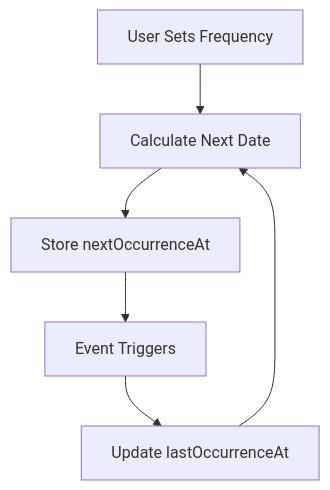
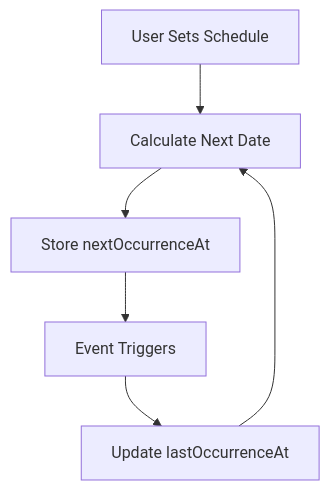
The diagram in .cursor/rules/features/schedule.mdc (elie222/inbox-zero), drawn with Mermaid before and after one commit.

Commit message:
PR feedback

````diff
--- a/.cursor/rules/features/schedule.mdc
+++ b/.cursor/rules/features/schedule.mdc
@@ -34,8 +34,8 @@
 ```mermaid
 graph TD
-    A[User Sets Frequency] --> B[Calculate Next Date]
+    A[User Sets Schedule] --> B[Calculate Next Date]
     B --> C[Store nextOccurrenceAt]
     C --> D[Event Triggers]
     D --> E[Update lastOccurrenceAt]
     E --> B
 ```
````
